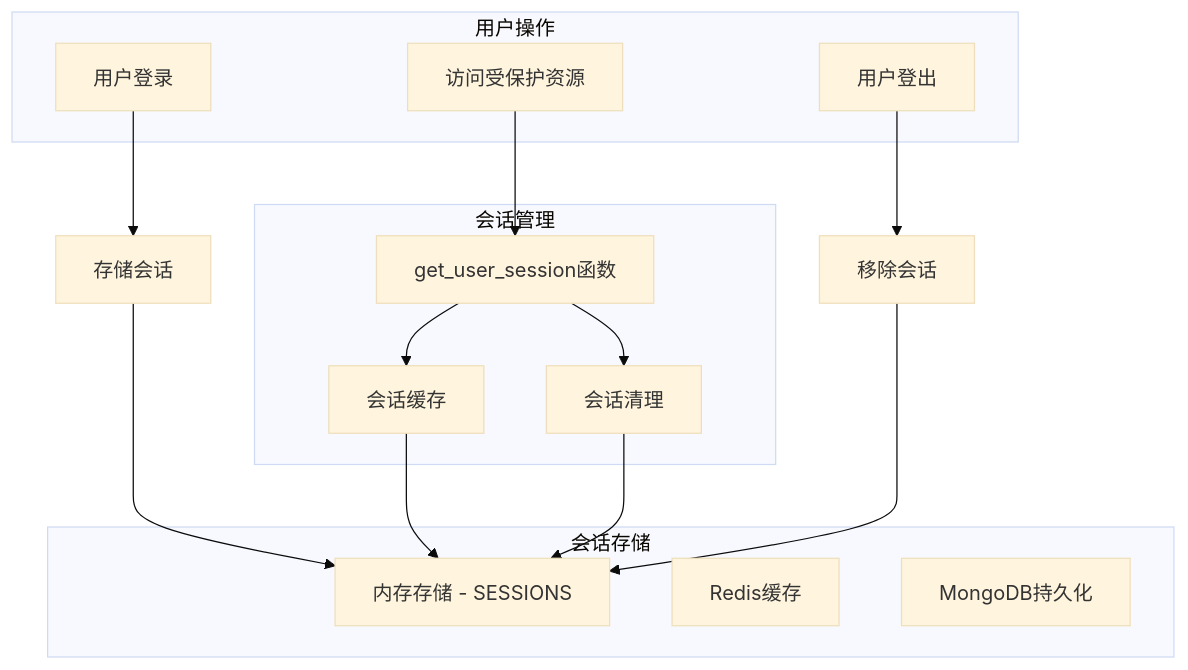
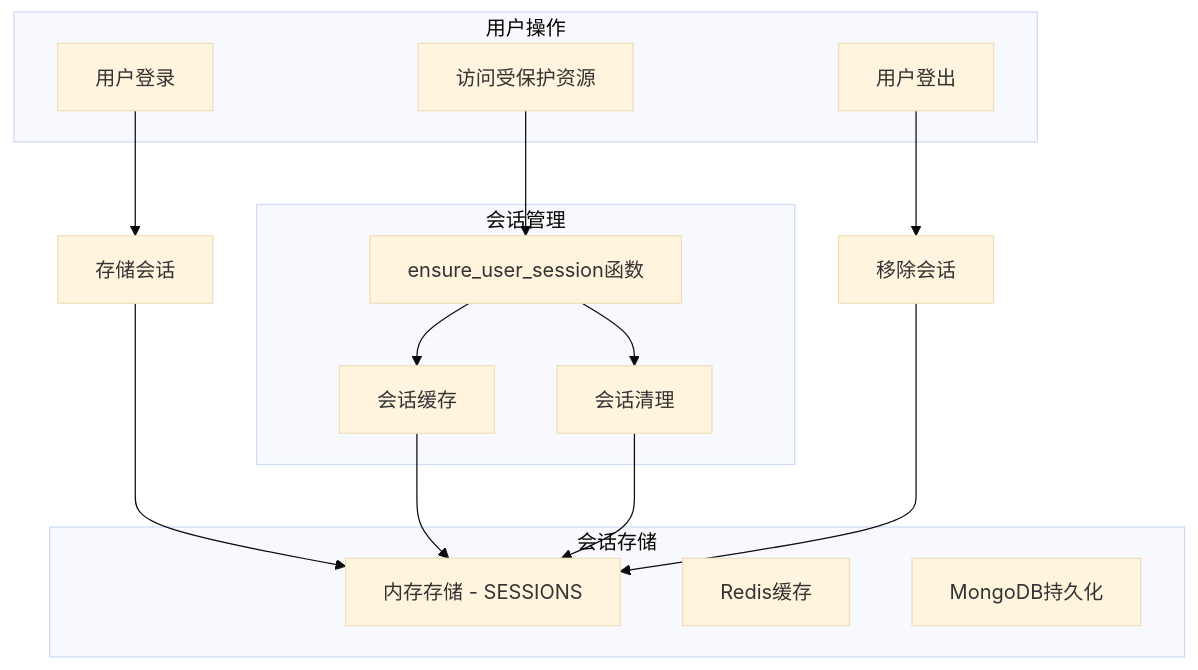
Diagram 15 of 15 in .qoder/repowiki/zh/content/后端API文档/个人信息查询API.md (ghbbn053-ship-itsoulddog/soulddog), drawn with Mermaid (base theme) before and after one commit. The commit also changed other lines of this file and 119 other files, not shown here.

````diff
--- a/.qoder/repowiki/zh/content/后端API文档/个人信息查询API.md
+++ b/.qoder/repowiki/zh/content/后端API文档/个人信息查询API.md
@@ -553,27 +644,27 @@
 ```mermaid
 graph TB
 subgraph "会话存储"
 Memory[内存存储 - SESSIONS]
 Redis[Redis缓存]
 Mongo[MongoDB持久化]
 end
 subgraph "会话管理"
-SessionMgr[get_user_session函数]
+EnsureUserSession[ensure_user_session函数]
 Cache[会话缓存]
 Cleanup[会话清理]
 end
 subgraph "用户操作"
 Login[用户登录]
 Access[访问受保护资源]
 Logout[用户登出]
 end
 Login --> StoreSession["存储会话"]
-Access --> SessionMgr
-SessionMgr --> Cache
-SessionMgr --> Cleanup
+Access --> EnsureUserSession
+EnsureUserSession --> Cache
+EnsureUserSession --> Cleanup
 Logout --> RemoveSession["移除会话"]
 StoreSession --> Memory
 Cache --> Memory
 Cleanup --> Memory
 RemoveSession --> Memory
 ```
````
